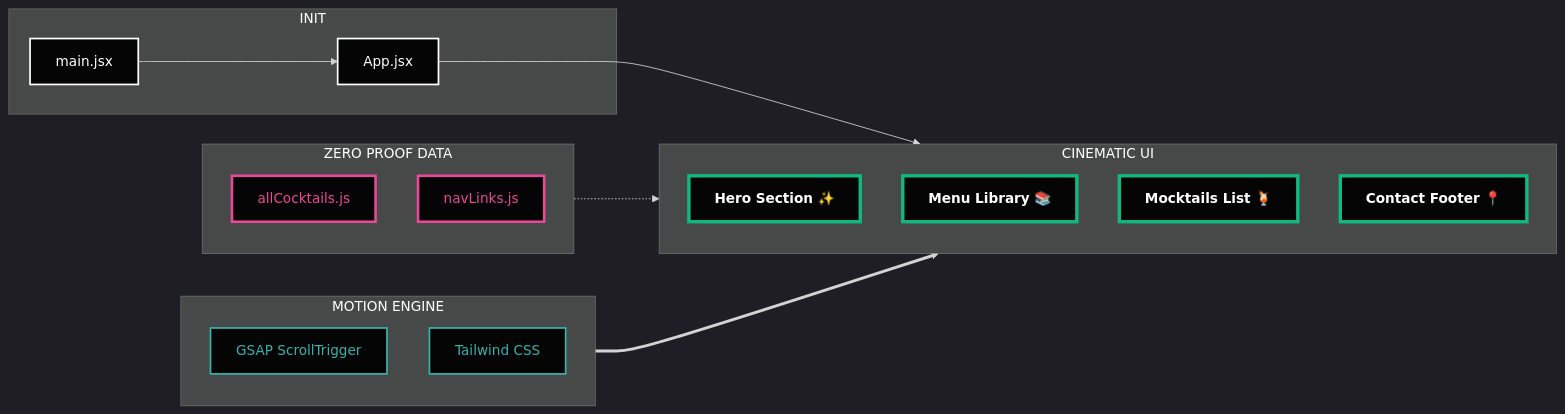
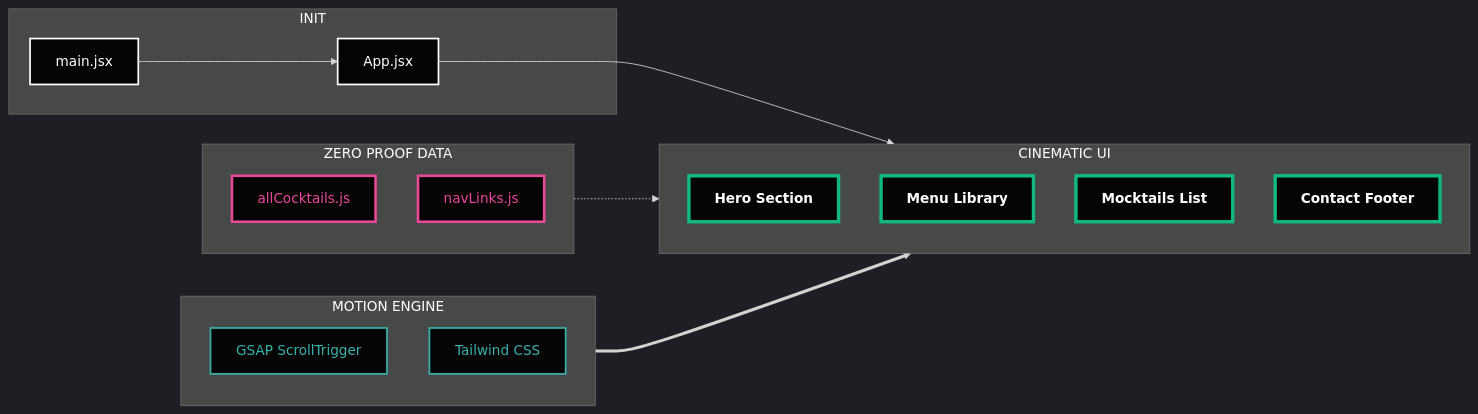
The diagram in README.md (salonyranjan/Mocktail), drawn with Mermaid before and after one commit. The commit also changed other lines of this file, not shown here.

````diff
--- a/README.md
+++ b/README.md
@@ -81,44 +223,39 @@
 ```mermaid
 %%{init: {'theme': 'dark', 'themeVariables': { 'fontSize': '16px', 'primaryColor': '#10b981'}}}%%
 
 graph LR
-    %% Base Nodes - Left Side
     subgraph Root [INIT]
         Main[main.jsx] --> App[App.jsx]
     end
 
-    %% Engine & Data - Top/Bottom
     subgraph Engine [MOTION ENGINE]
         GSAP[GSAP ScrollTrigger]
         Tailwind[Tailwind CSS]
     end
 
     subgraph Data [ZERO PROOF DATA]
         Cocktails[allCocktails.js]
         Nav[navLinks.js]
     end
 
-    %% Main UI Flow - Center
     subgraph UI [CINEMATIC UI]
-        Hero[Hero Section ✨]
-        Menu[Menu Library 📚]
-        Mocktails[Mocktails List 🍹]
-        Contact[Contact Footer 📍]
+        Hero[Hero Section]
+        Menu[Menu Library]
+        Mocktails[Mocktails List]
+        Contact[Contact Footer]
     end
 
-    %% Connections
     App --> UI
     Data -.-> UI
     Engine ==> UI
 
-    %% Styling for visibility
     classDef root fill:#050505,stroke:#fff,stroke-width:2px,color:#fff;
     classDef section fill:#050505,stroke:#10b981,stroke-width:4px,color:#fff,font-weight:bold;
     classDef data fill:#050505,stroke:#ec4899,stroke-width:3px,color:#ec4899;
     classDef engine fill:#050505,stroke:#38b2ac,stroke-width:2px,color:#38b2ac;
 
     class Main,App root;
     class Hero,Menu,Mocktails,Contact section;
     class Cocktails,Nav data;
     class GSAP,Tailwind engine;
 ```
````
